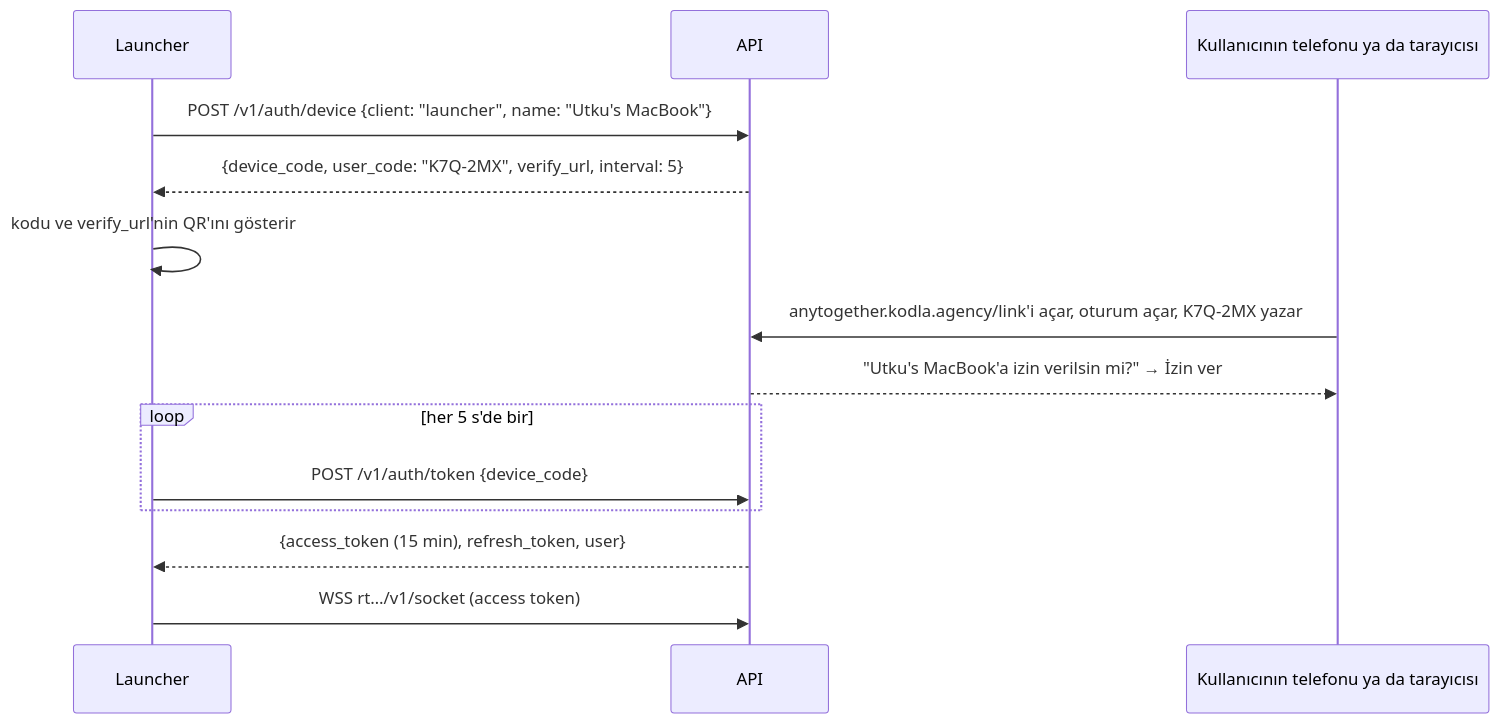
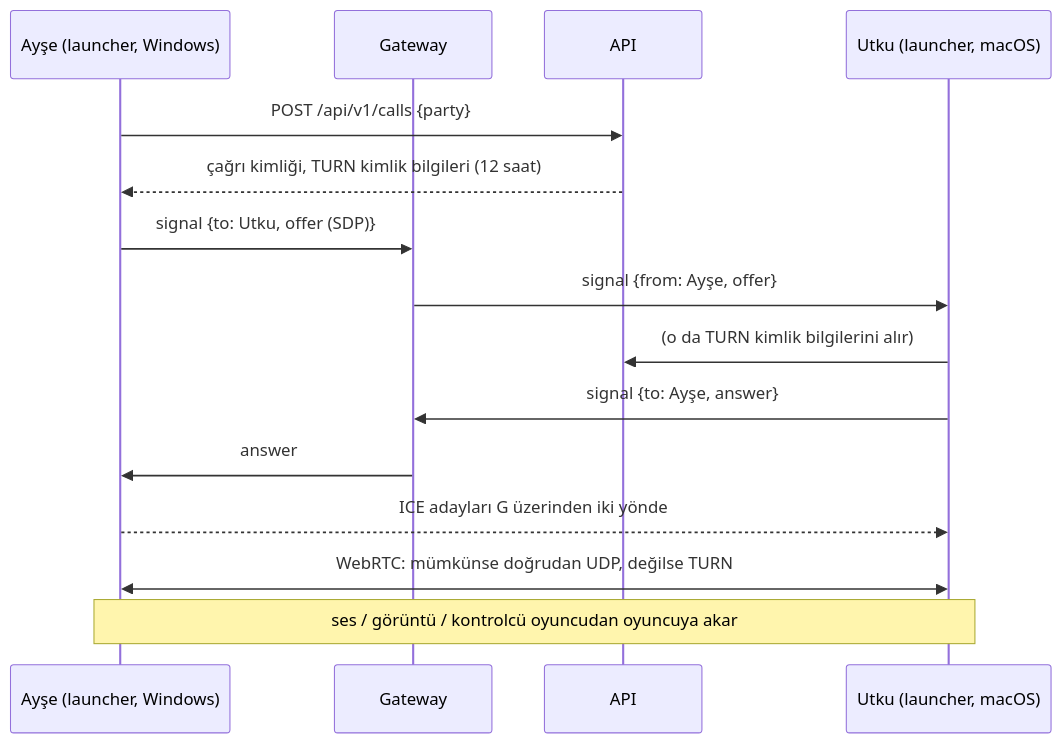
One commit to AnyTogether/AnyPS5-ARM changed the second of 2 diagrams in docs/tr/02-mimari.md. Above: the diagram before and after it, drawn with Mermaid. The commit also changed other lines of this file and 11 other files, not shown here.

````diff
--- a/docs/tr/02-mimari.md
+++ b/docs/tr/02-mimari.md
@@ -173,16 +152,17 @@
 ```mermaid
 sequenceDiagram
-    participant L as Launcher
-    participant A as API
-    participant U as Kullanıcının telefonu ya da tarayıcısı
-    L->>A: POST /v1/auth/device {client: "launcher", name: "Utku's MacBook"}
-    A-->>L: {device_code, user_code: "K7Q-2MX", verify_url, interval: 5}
-    L->>L: kodu ve verify_url'nin QR'ını gösterir
-    U->>A: anytogether.kodla.agency/link'i açar, oturum açar, K7Q-2MX yazar
-    A-->>U: "Utku's MacBook'a izin verilsin mi?" → İzin ver
-    loop her 5 s'de bir
-        L->>A: POST /v1/auth/token {device_code}
-    end
-    A-->>L: {access_token (15 min), refresh_token, user}
-    L->>A: WSS rt…/v1/socket (access token)
+    participant A as Ayşe (launcher, Windows)
+    participant G as Gateway
+    participant API as API
+    participant U as Utku (launcher, macOS)
+    A->>API: POST /api/v1/calls {party}
+    API-->>A: çağrı kimliği, TURN kimlik bilgileri (12 saat)
+    A->>G: signal {to: Utku, offer (SDP)}
+    G->>U: signal {from: Ayşe, offer}
+    U->>API: (o da TURN kimlik bilgilerini alır)
+    U->>G: signal {to: Ayşe, answer}
+    G->>A: answer
+    A-->>U: ICE adayları G üzerinden iki yönde
+    A<<->>U: WebRTC: mümkünse doğrudan UDP, değilse TURN
+    Note over A,U: ses / görüntü / kontrolcü oyuncudan oyuncuya akar
 ```
````
